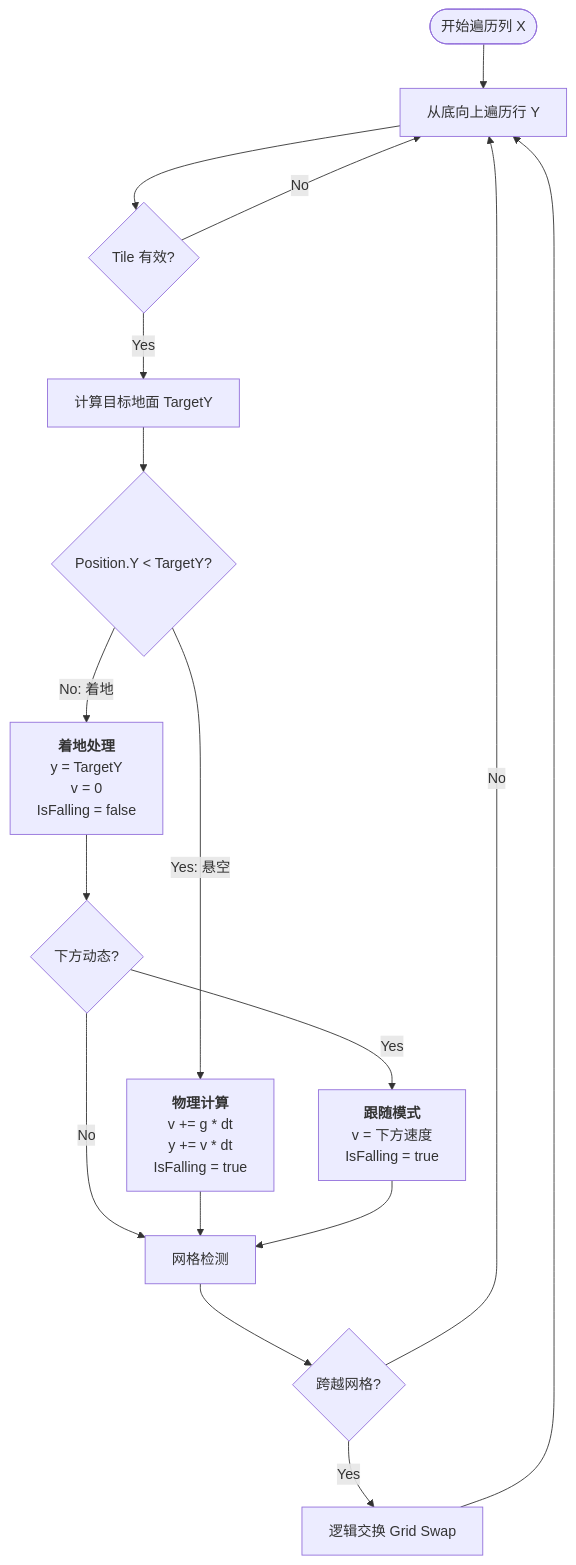
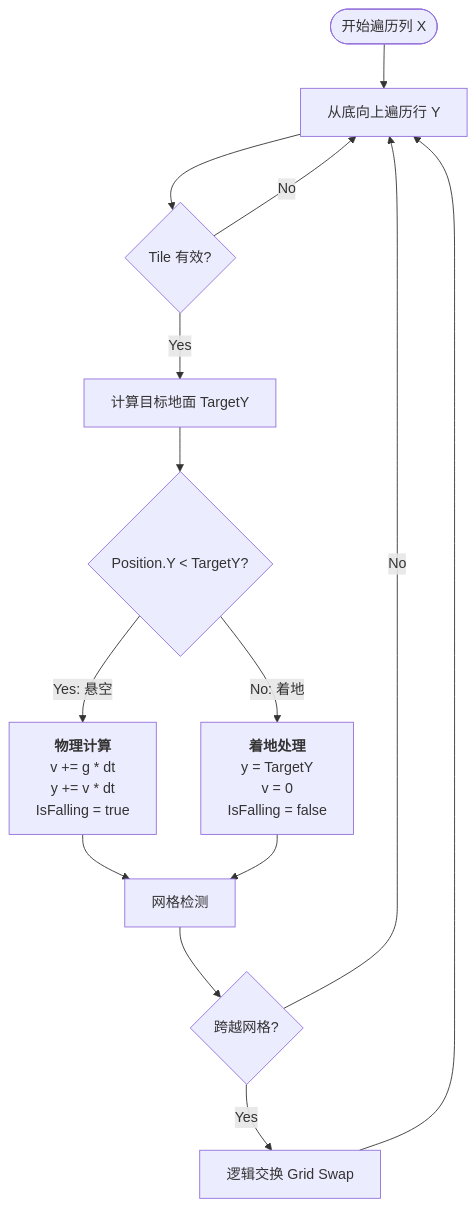
Before and after one commit to LiuJunX/Match3Explore: the diagram in docs/03-design/mechanics_gravity.md, drawn with Mermaid. The commit also changed other lines of this file and 1 other file, not shown here.

````diff
--- a/docs/03-design/mechanics_gravity.md
+++ b/docs/03-design/mechanics_gravity.md
@@ -36,26 +36,23 @@
 ```mermaid
 flowchart TD
     Start([开始遍历列 X]) --> LoopY[从底向上遍历行 Y]
     LoopY --> CheckTile{Tile 有效?}
     CheckTile -- No --> LoopY
     CheckTile -- Yes --> CalcTarget[计算目标地面 TargetY]
-    
+
     CalcTarget --> CheckPos{Position.Y < TargetY?}
-    
+
     %% 物理计算分支
     CheckPos -- Yes: 悬空 --> Physics[<b>物理计算</b><br/>v += g * dt<br/>y += v * dt<br/>IsFalling = true]
-    
+
     %% 着地处理分支
     CheckPos -- No: 着地 --> Snap[<b>着地处理</b><br/>y = TargetY<br/>v = 0<br/>IsFalling = false]
-    Snap --> CheckBelow{下方动态?}
-    CheckBelow -- Yes --> Follow[<b>跟随模式</b><br/>v = 下方速度<br/>IsFalling = true]
-    CheckBelow -- No --> GridCheck
-    
+
     Physics --> GridCheck
-    Follow --> GridCheck
-    
+    Snap --> GridCheck
+
     GridCheck[网格检测] --> Cross{跨越网格?}
     Cross -- Yes --> Swap[逻辑交换 Grid Swap]
     Cross -- No --> LoopY
     Swap --> LoopY
 ```
````
